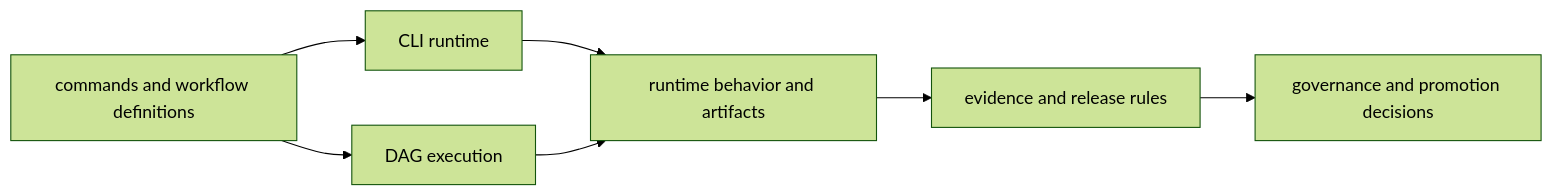
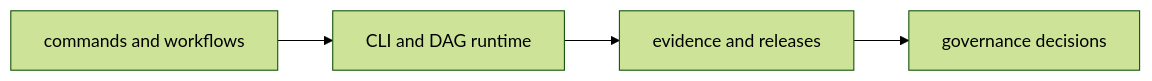
One commit to bijux/bijux.github.io changed the first of 2 diagrams in docs/04-projects/bijux-core/index.md. Above: the diagram before and after it, drawn with Mermaid (forest theme). The commit also changed other lines of this file and 1 other file, not shown here.

````diff
--- a/docs/04-projects/bijux-core/index.md
+++ b/docs/04-projects/bijux-core/index.md
@@ -44,9 +44,6 @@
 ```mermaid
 graph LR
-    inputs["commands and workflow definitions"] --> cli["CLI runtime"]
-    inputs --> dag["DAG execution"]
-    cli --> outputs["runtime behavior and artifacts"]
-    dag --> outputs
-    outputs --> evidence["evidence and release rules"]
-    evidence --> governance["governance and promotion decisions"]
+    input["commands and workflows"] --> runtime["CLI and DAG runtime"]
+    runtime --> evidence["evidence and releases"]
+    evidence --> governance["governance decisions"]
 ```
````
